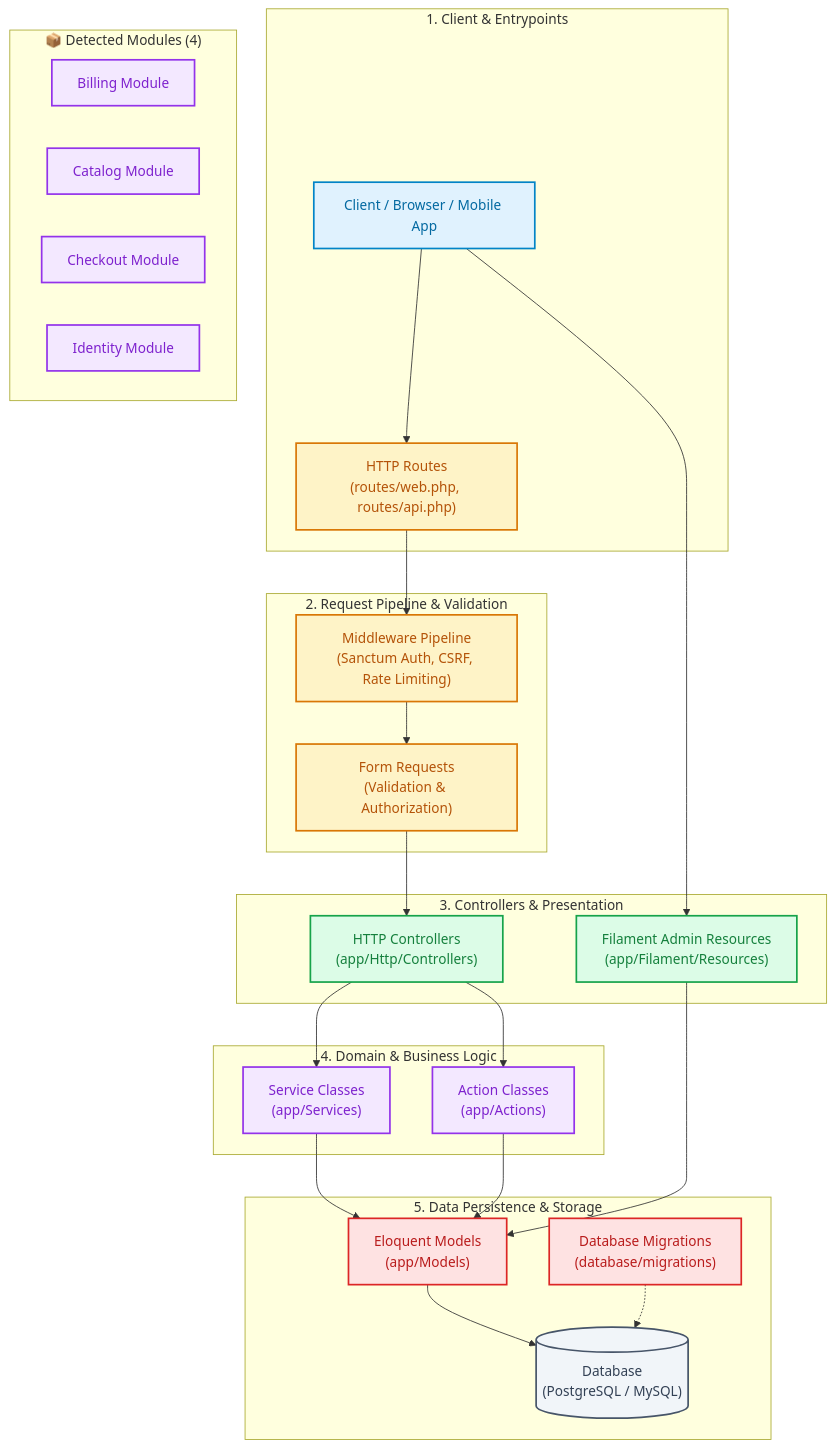
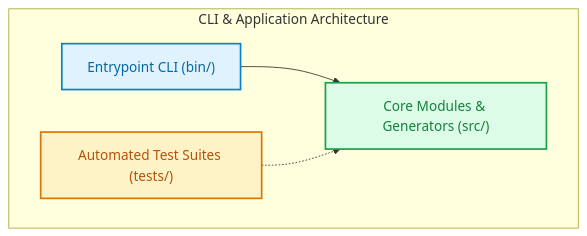
Before and after one commit to SidiqFatuh187/Larats: the diagram in ARCHITECTURE.md, drawn with Mermaid. The commit also changed other lines of this file and 8 other files, not shown here.

````diff
--- a/ARCHITECTURE.md
+++ b/ARCHITECTURE.md
@@ -50,56 +38,16 @@
 ```mermaid
 flowchart TD
-    %% Styling Definitions
     classDef client fill:#E0F2FE,stroke:#0284C7,stroke-width:2px,color:#0369A1;
-    classDef routing fill:#FEF3C7,stroke:#D97706,stroke-width:2px,color:#B45309;
-    classDef controller fill:#DCFCE7,stroke:#16A34A,stroke-width:2px,color:#15803D;
-    classDef service fill:#F3E8FF,stroke:#9333EA,stroke-width:2px,color:#7E22CE;
-    classDef data fill:#FEE2E2,stroke:#DC2626,stroke-width:2px,color:#B91C1C;
-    classDef db fill:#F1F5F9,stroke:#475569,stroke-width:2px,color:#334155;
+    classDef core fill:#DCFCE7,stroke:#16A34A,stroke-width:2px,color:#15803D;
+    classDef test fill:#FEF3C7,stroke:#D97706,stroke-width:2px,color:#B45309;
 
-    subgraph EntryLayer ["1. Client & Entrypoints"]
-        Client["Client / Browser / Mobile App"]:::client
-        Routes["HTTP Routes<br/>(routes/web.php, routes/api.php)"]:::routing
+    subgraph App ["CLI & Application Architecture"]
+        Entry["Entrypoint CLI (bin/)"]:::client
+        Source["Core Modules & Generators (src/)"]:::core
+        Tests["Automated Test Suites (tests/)"]:::test
     end
 
-    subgraph RequestLayer ["2. Request Pipeline & Validation"]
-        Middleware["Middleware Pipeline<br/>(Sanctum Auth, CSRF, Rate Limiting)"]:::routing
-        FormRequests["Form Requests<br/>(Validation & Authorization)"]:::routing
-    end
+    Entry --> Source
+    Tests -.-> Source
 
-    subgraph HttpLayer ["3. Controllers & Presentation"]
-        Controllers["HTTP Controllers<br/>(app/Http/Controllers)"]:::controller
-        Filament["Filament Admin Resources<br/>(app/Filament/Resources)"]:::controller
-    end
-
-    subgraph DomainLayer ["4. Domain & Business Logic"]
-        Services["Service Classes<br/>(app/Services)"]:::service
-        Actions["Action Classes<br/>(app/Actions)"]:::service
-    end
-
-    subgraph DataLayer ["5. Data Persistence & Storage"]
-        Models["Eloquent Models<br/>(app/Models)"]:::data
-        Database[("Database<br/>(PostgreSQL / MySQL)")]:::db
-        Migrations["Database Migrations<br/>(database/migrations)"]:::data
-    end
-
-    Client --> Routes
-    Routes --> Middleware
-    Middleware --> FormRequests
-    FormRequests --> Controllers
-    Controllers --> Services
-    Controllers --> Actions
-    Services --> Models
-    Actions --> Models
-    Client --> Filament
-    Filament --> Models
-    Models --> Database
-    Migrations -.-> Database
-
-    subgraph ModulesLayer ["📦 Detected Modules (4)"]
-        Mod_0["Billing Module"]:::service
-        Mod_1["Catalog Module"]:::service
-        Mod_2["Checkout Module"]:::service
-        Mod_3["Identity Module"]:::service
-    end
 ```
````
